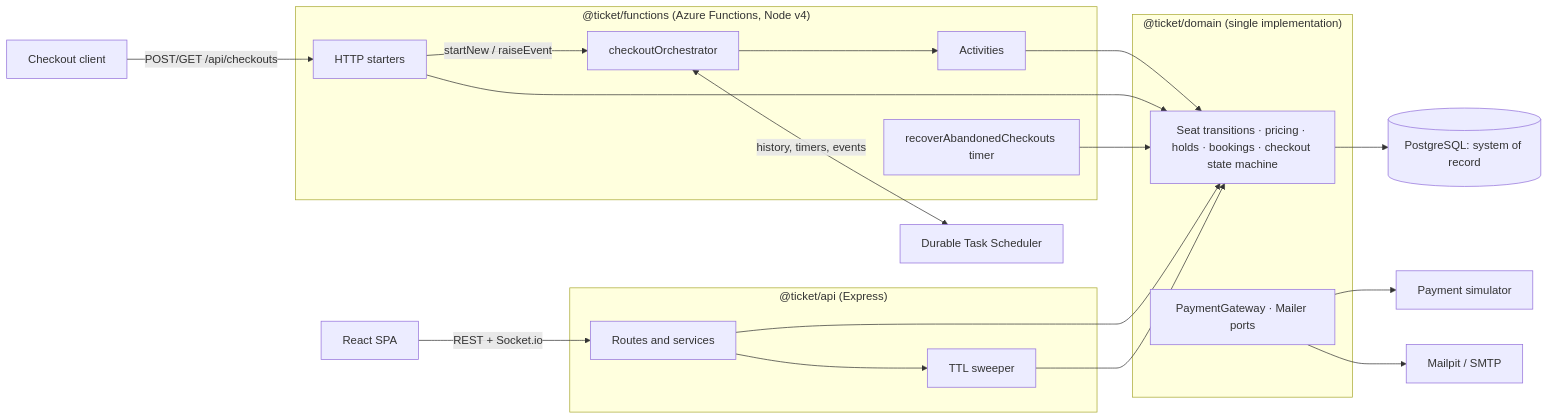
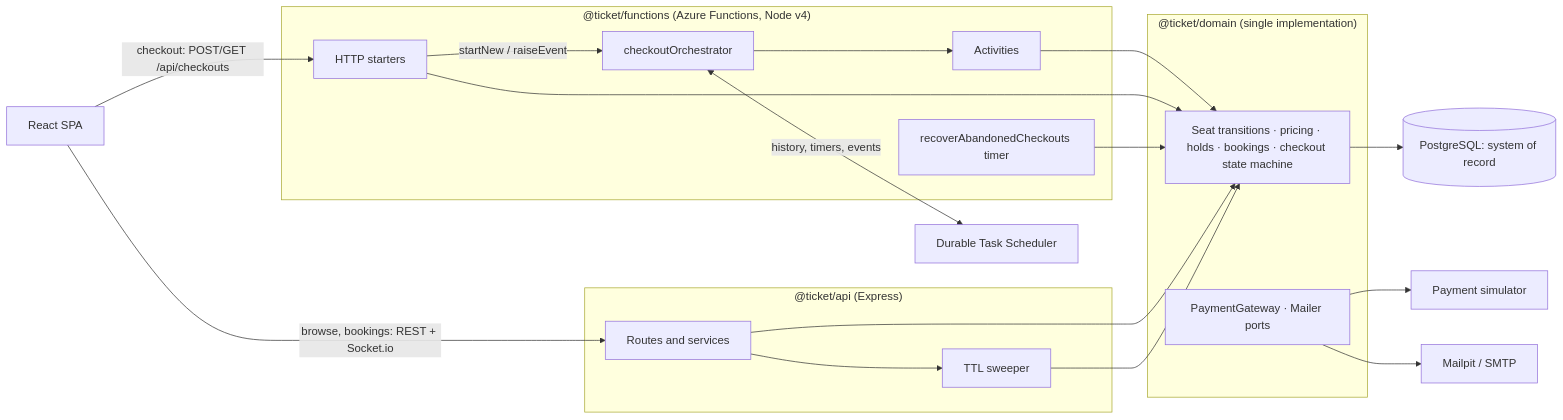
The first of 2 diagrams in DESIGN.md (maicolanders/Ticket-Booking-System-), drawn with Mermaid before and after one commit. The commit also changed other lines of this file, not shown here.

Commit message:
docs: the SPA checks out through the Checkout API

````diff
--- a/DESIGN.md
+++ b/DESIGN.md
@@ -11,30 +11,30 @@
 ```mermaid
 flowchart LR
-  SPA[React SPA] -->|REST + Socket.io| API
-  Client[Checkout client] -->|POST/GET /api/checkouts| HTTP
+  SPA[React SPA] -->|browse, bookings: REST + Socket.io| API
+  SPA -->|checkout: POST/GET /api/checkouts| HTTP
 
   subgraph Functions["@ticket/functions (Azure Functions, Node v4)"]
     HTTP[HTTP starters] -->|startNew / raiseEvent| ORCH[checkoutOrchestrator]
     ORCH --> ACT[Activities]
     TIMER[recoverAbandonedCheckouts timer]
   end
 
   subgraph Legacy["@ticket/api (Express)"]
     API[Routes and services] --> SWEEP[TTL sweeper]
   end
 
   subgraph Domain["@ticket/domain (single implementation)"]
     RULES[Seat transitions · pricing · holds · bookings · checkout state machine]
     PORTS[PaymentGateway · Mailer ports]
   end
 
   ACT --> RULES
   HTTP --> RULES
   TIMER --> RULES
   API --> RULES
   SWEEP --> RULES
   RULES --> PG[(PostgreSQL: system of record)]
   PORTS --> SIM[Payment simulator]
   PORTS --> MAIL[Mailpit / SMTP]
   ORCH <-->|history, timers, events| DTS[Durable Task Scheduler]
 ```
````
